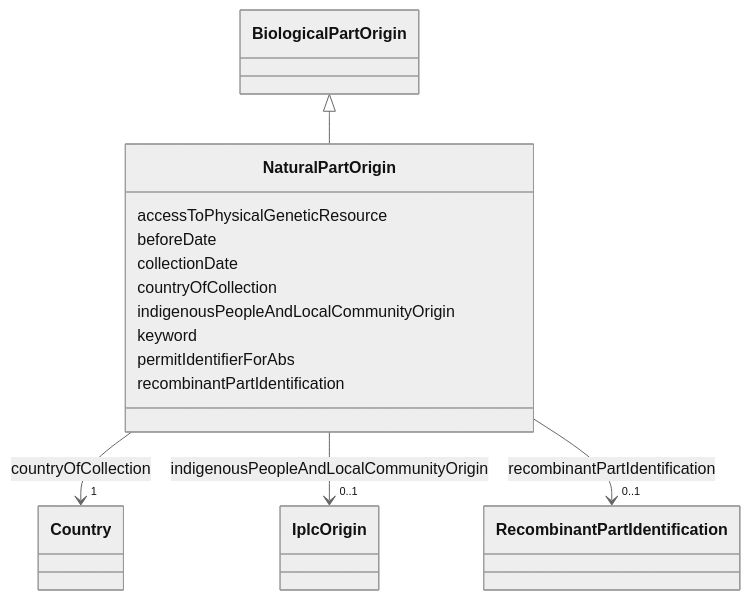
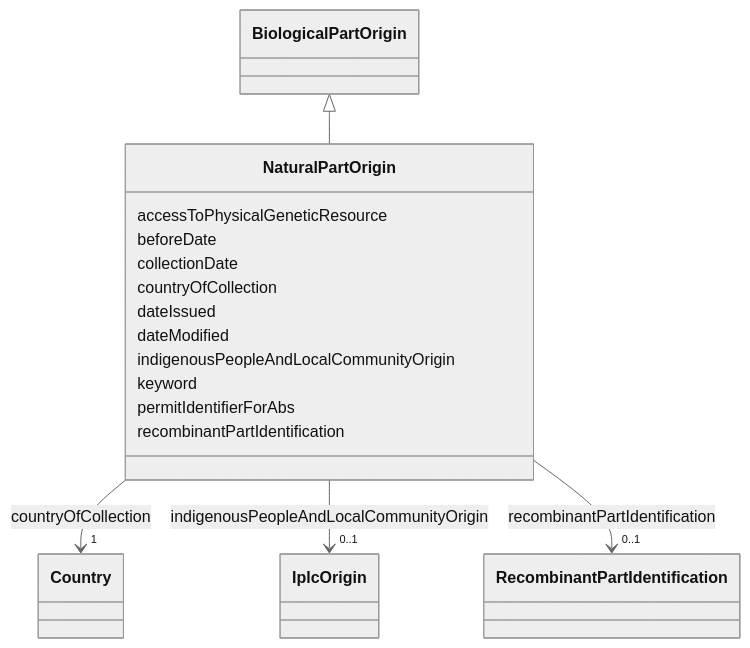
One commit to EVORA-project/evora-ontology changed the diagram in models/docs/NaturalPartOrigin.md. Above: the diagram before and after it, drawn with Mermaid (neutral theme). The commit also changed other lines of this file and 377 other files, not shown here.

````diff
--- a/models/docs/NaturalPartOrigin.md
+++ b/models/docs/NaturalPartOrigin.md
@@ -19,46 +19,50 @@
 ```mermaid
  classDiagram
     class NaturalPartOrigin
     click NaturalPartOrigin href "../NaturalPartOrigin"
       BiologicalPartOrigin <|-- NaturalPartOrigin
         click BiologicalPartOrigin href "../BiologicalPartOrigin"
       
       NaturalPartOrigin : accessToPhysicalGeneticResource
         
       NaturalPartOrigin : beforeDate
         
       NaturalPartOrigin : collectionDate
         
       NaturalPartOrigin : countryOfCollection
         
           
     
     
     NaturalPartOrigin --> "1" Country : countryOfCollection
     click Country href "../Country"
 
+        
+      NaturalPartOrigin : dateIssued
+        
+      NaturalPartOrigin : dateModified
         
       NaturalPartOrigin : indigenousPeopleAndLocalCommunityOrigin
         
           
     
     
     NaturalPartOrigin --> "0..1" IplcOrigin : indigenousPeopleAndLocalCommunityOrigin
     click IplcOrigin href "../IplcOrigin"
 
         
       NaturalPartOrigin : keyword
         
       NaturalPartOrigin : permitIdentifierForAbs
         
       NaturalPartOrigin : recombinantPartIdentification
         
           
     
     
     NaturalPartOrigin --> "0..1" RecombinantPartIdentification : recombinantPartIdentification
     click RecombinantPartIdentification href "../RecombinantPartIdentification"
 
         
       
 ```
````
